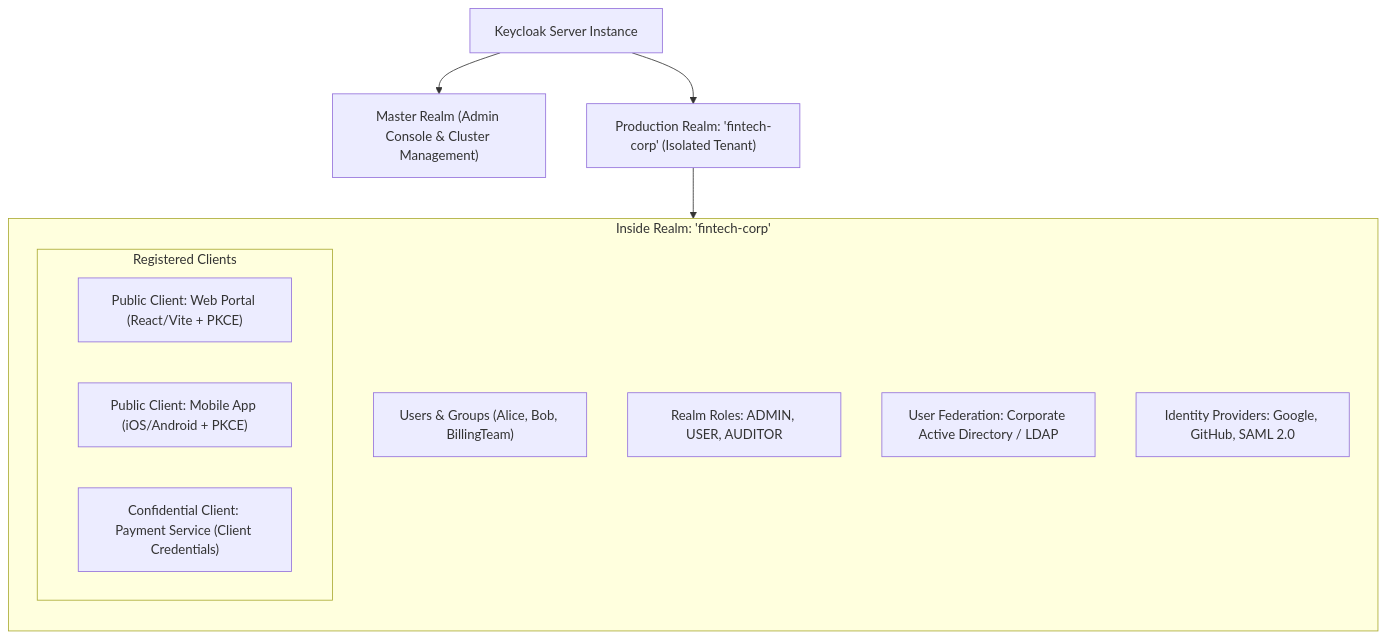
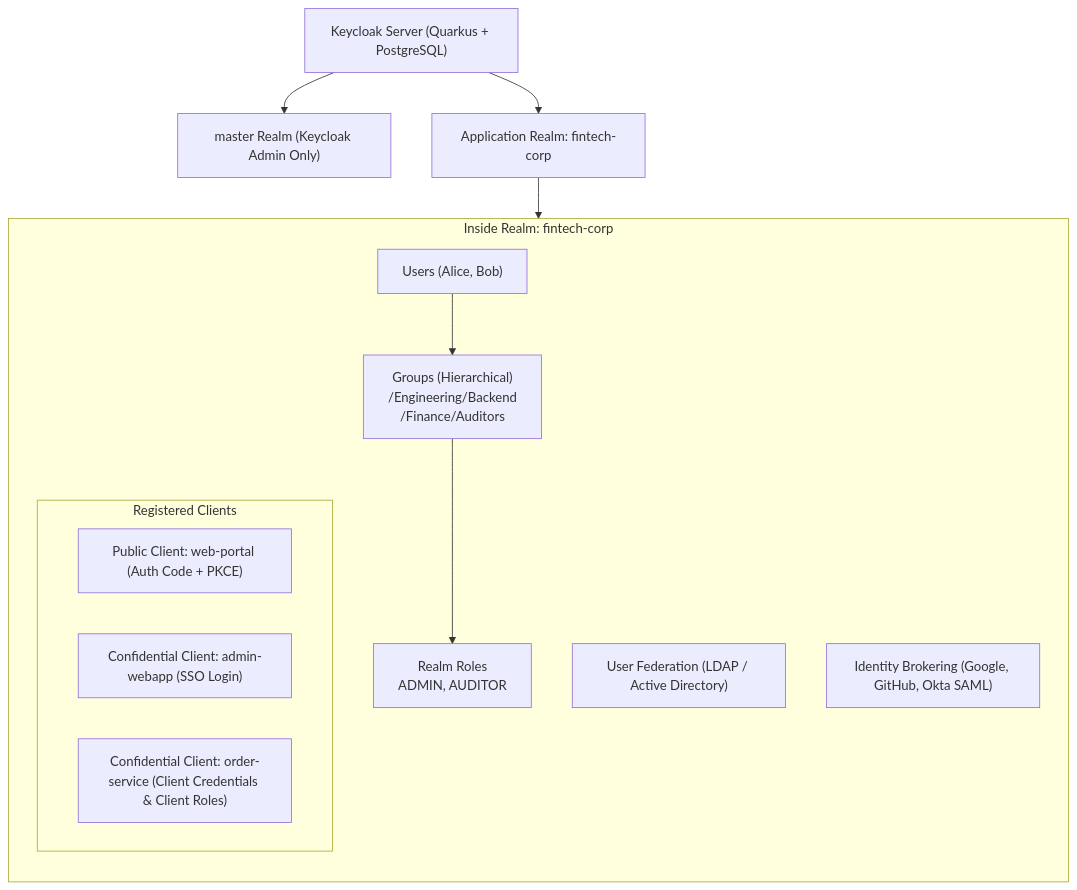
Before and after one commit to ravishankar2463/java_hub: the first of 3 diagrams in content/roadmap/level-9/centralized-identity-with-keycloak.md, drawn with Mermaid. The commit also changed other lines of this file and 119 other files, not shown here.

Commit message:
feat: add comprehensive java learning roadmap content across multiple levels

````diff
--- a/content/roadmap/level-9/centralized-identity-with-keycloak.md
+++ b/content/roadmap/level-9/centralized-identity-with-keycloak.md
@@ -20,22 +16,25 @@
 ```mermaid
 flowchart TD
-    Server["Keycloak Server Instance"] --> RealmMaster["Master Realm (Admin Console & Cluster Management)"]
-    Server --> RealmApp["Production Realm: 'fintech-corp' (Isolated Tenant)"]
+    Server["Keycloak Server (Quarkus + PostgreSQL)"] --> Master["master Realm (Keycloak Admin Only)"]
+    Server --> AppRealm["Application Realm: fintech-corp"]
 
-    subgraph RealmDetails["Inside Realm: 'fintech-corp'"]
+    subgraph InsideRealm["Inside Realm: fintech-corp"]
         direction TB
-        Users["Users & Groups (Alice, Bob, BillingTeam)"]
-        Roles["Realm Roles: ADMIN, USER, AUDITOR"]
-        
+        Groups["Groups (Hierarchical)<br/>/Engineering/Backend<br/>/Finance/Auditors"]
+        Users["Users (Alice, Bob)"]
+        RealmRoles["Realm Roles<br/>ADMIN, AUDITOR"]
+
         subgraph Clients["Registered Clients"]
-            SPA["Public Client: Web Portal (React/Vite + PKCE)"]
-            Mobile["Public Client: Mobile App (iOS/Android + PKCE)"]
-            Service["Confidential Client: Payment Service (Client Credentials)"]
+            SPA["Public Client: web-portal (Auth Code + PKCE)"]
+            BFF["Confidential Client: admin-webapp (SSO Login)"]
+            Svc["Confidential Client: order-service (Client Credentials & Client Roles)"]
         end
 
-        Federation["User Federation: Corporate Active Directory / LDAP"]
-        IdP["Identity Providers: Google, GitHub, SAML 2.0"]
+        Federation["User Federation (LDAP / Active Directory)"]
+        Broker["Identity Brokering (Google, GitHub, Okta SAML)"]
     end
 
-    RealmApp --> RealmDetails
+    AppRealm --> InsideRealm
+    Users --> Groups
+    Groups --> RealmRoles
 ```
````
